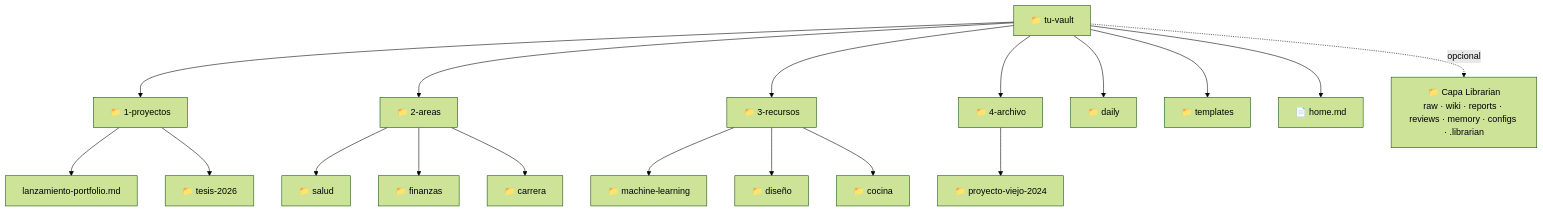
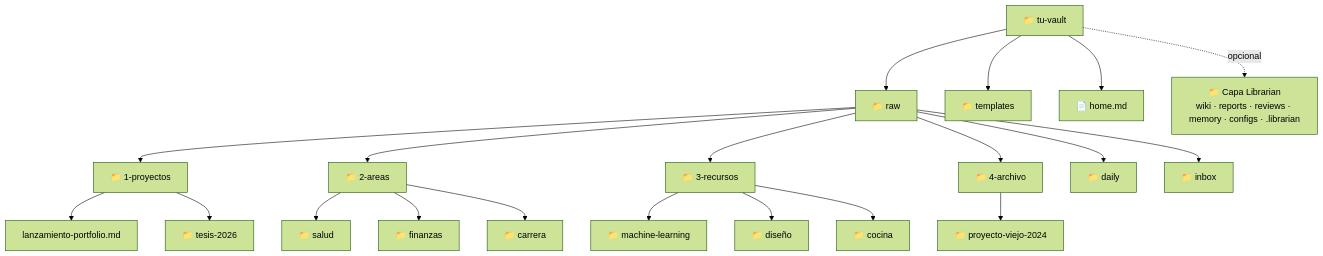
Before and after one commit to VanessaPellegrini/second-brain-ecosystem: the first of 2 diagrams in second-brain/guides/es/04-vault-structure.md, drawn with Mermaid (forest theme). The commit also changed other lines of this file and 6 other files, not shown here.

First line of the commit message:
docs: align vault structure — PARA/daily/inbox now inside raw/

````diff
--- a/second-brain/guides/es/04-vault-structure.md
+++ b/second-brain/guides/es/04-vault-structure.md
@@ -20,21 +20,24 @@
 ```mermaid
 graph TD
-    Vault[📁 tu-vault] --> P[📁 1-proyectos]
-    Vault --> A[📁 2-areas]
-    Vault --> R[📁 3-recursos]
-    Vault --> Arc[📁 4-archivo]
-    Vault --> D[📁 daily]
+    Vault[📁 tu-vault] --> Raw[📁 raw]
     Vault --> T[📁 templates]
     Vault --> H[📄 home.md]
-    Vault -. opcional .-> AI[📁 Capa Librarian<br/>raw · wiki · reports · reviews · memory · configs · .librarian]
+    Vault -. opcional .-> AI[📁 Capa Librarian<br/>wiki · reports · reviews · memory · configs · .librarian]
+
+    Raw --> P[📁 1-proyectos]
+    Raw --> A[📁 2-areas]
+    Raw --> R[📁 3-recursos]
+    Raw --> Arc[📁 4-archivo]
+    Raw --> D[📁 daily]
+    Raw --> In[📁 inbox]
 
     P --> P1[lanzamiento-portfolio.md]
     P --> P2[📁 tesis-2026]
     A --> A1[📁 salud]
     A --> A2[📁 finanzas]
     A --> A3[📁 carrera]
     R --> R1[📁 machine-learning]
     R --> R2[📁 diseño]
     R --> R3[📁 cocina]
     Arc --> Arc1[📁 proyecto-viejo-2024]
 ```
````
